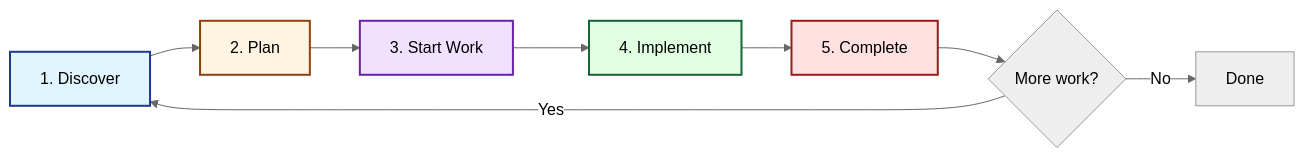
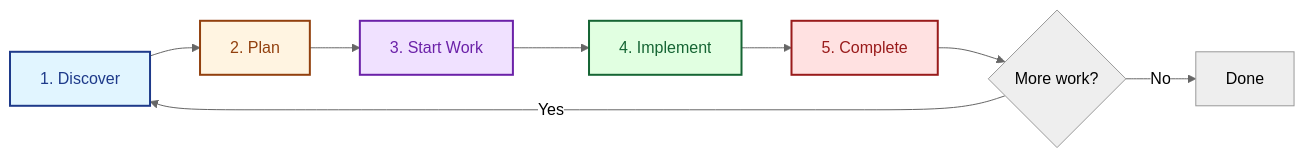
One commit to codervisor/lean-spec-docs changed the diagram in i18n/zh-Hans/docusaurus-plugin-content-docs/current/guide/usage/ai-coding-workflow.mdx. Above: the diagram before and after it, drawn with Mermaid (neutral theme). The commit also changed 4 other files, not shown here.

Commit message:
docs: enhance Mermaid diagram styling guidelines for better dark theme contrast and readability

````diff
--- a/i18n/zh-Hans/docusaurus-plugin-content-docs/current/guide/usage/ai-coding-workflow.mdx
+++ b/i18n/zh-Hans/docusaurus-plugin-content-docs/current/guide/usage/ai-coding-workflow.mdx
@@ -15,16 +15,16 @@
 ```mermaid
 flowchart LR
     A[1. Discover] --> B[2. Plan]
     B --> C[3. Start Work]
     C --> D[4. Implement]
     D --> E[5. Complete]
     E --> F{More work?}
     F -->|Yes| A
     F -->|No| G[Done]
     
-    style A fill:#e1f5ff,stroke:#1e3a8a,stroke-width:2px
-    style B fill:#fff4e1,stroke:#92400e,stroke-width:2px
-    style C fill:#f0e1ff,stroke:#6b21a8,stroke-width:2px
-    style D fill:#e1ffe1,stroke:#166534,stroke-width:2px
-    style E fill:#ffe1e1,stroke:#991b1b,stroke-width:2px
+    style A fill:#e1f5ff,stroke:#1e3a8a,stroke-width:2px,color:#1e3a8a
+    style B fill:#fff4e1,stroke:#92400e,stroke-width:2px,color:#92400e
+    style C fill:#f0e1ff,stroke:#6b21a8,stroke-width:2px,color:#6b21a8
+    style D fill:#e1ffe1,stroke:#166534,stroke-width:2px,color:#166534
+    style E fill:#ffe1e1,stroke:#991b1b,stroke-width:2px,color:#991b1b
 ```
````
